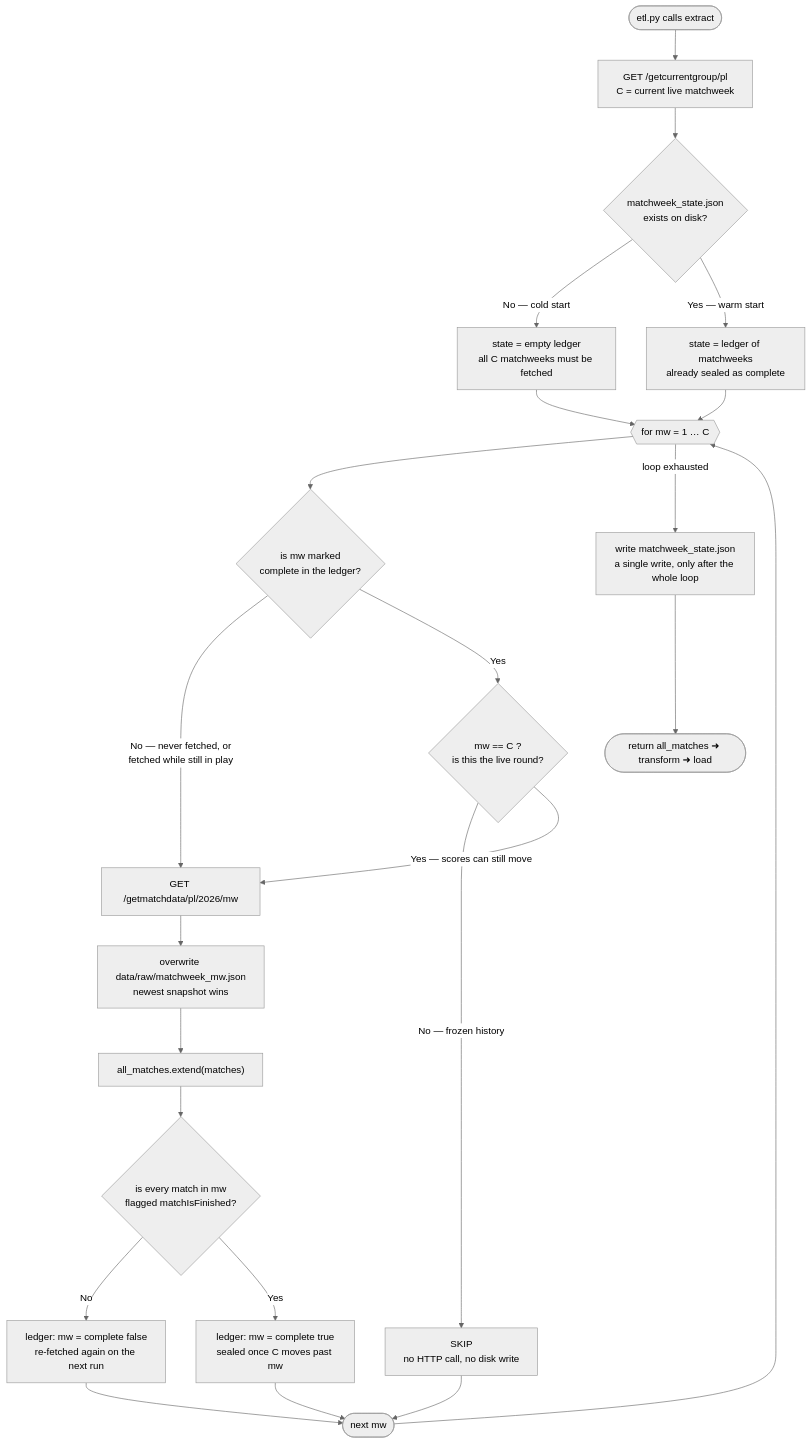
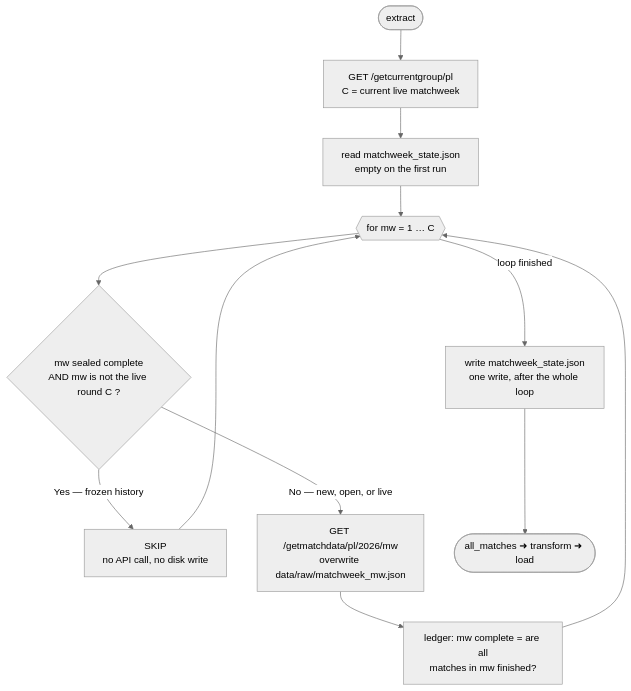
Before and after one commit to roni45455/premier-league-data-product-main: the diagram in README.md, drawn with Mermaid (neutral theme).

Commit message:
requirements update

````diff
--- a/README.md
+++ b/README.md
@@ -159,29 +159,17 @@
 ```mermaid
 flowchart TD
-    A([etl.py calls extract]) --> B["GET /getcurrentgroup/pl<br/>C = current live matchweek"]
-    B --> C{"matchweek_state.json<br/>exists on disk?"}
-    C -->|"No — cold start"| D["state = empty ledger<br/>all C matchweeks must be fetched"]
-    C -->|"Yes — warm start"| E["state = ledger of matchweeks<br/>already sealed as complete"]
-    D --> F
-    E --> F
+    A([extract]) --> B["GET /getcurrentgroup/pl<br/>C = current live matchweek"]
+    B --> C["read matchweek_state.json<br/>empty on the first run"]
+    C --> D{{"for mw = 1 … C"}}
 
-    F{{"for mw = 1 … C"}} --> G{"is mw marked<br/>complete in the ledger?"}
-    G -->|"No — never fetched, or<br/>fetched while still in play"| J
-    G -->|Yes| H{"mw == C ?<br/>is this the live round?"}
-    H -->|"No — frozen history"| I["SKIP<br/>no HTTP call, no disk write"]
-    H -->|"Yes — scores can still move"| J
+    D --> E{"mw sealed complete<br/>AND mw is not the live round C ?"}
+    E -->|"Yes — frozen history"| F["SKIP<br/>no API call, no disk write"]
+    E -->|"No — new, open, or live"| G["GET /getmatchdata/pl/2026/mw<br/>overwrite data/raw/matchweek_mw.json"]
+    G --> H["ledger: mw complete = are all<br/>matches in mw finished?"]
 
-    J["GET /getmatchdata/pl/2026/mw"] --> K["overwrite data/raw/matchweek_mw.json<br/>newest snapshot wins"]
-    K --> L["all_matches.extend(matches)"]
-    L --> M{"is every match in mw<br/>flagged matchIsFinished?"}
-    M -->|No| O["ledger: mw = complete false<br/>re-fetched again on the next run"]
-    M -->|Yes| P["ledger: mw = complete true<br/>sealed once C moves past mw"]
+    F --> D
+    H --> D
 
-    I --> N
-    O --> N
-    P --> N
-    N(["next mw"]) --> F
-
-    F -->|"loop exhausted"| Q["write matchweek_state.json<br/>a single write, only after the whole loop"]
-    Q --> R([" return all_matches ➜ transform ➜ load "])
+    D -->|"loop finished"| I["write matchweek_state.json<br/>one write, after the whole loop"]
+    I --> J([" all_matches ➜ transform ➜ load "])
 ```
````
